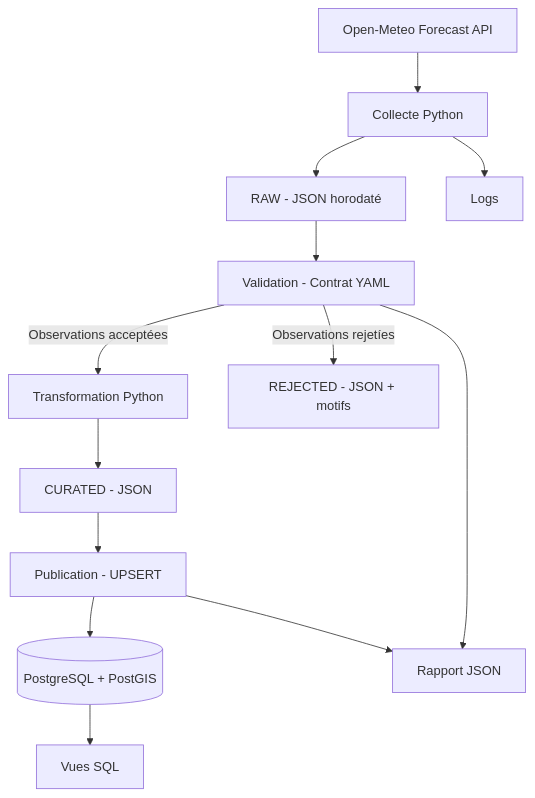
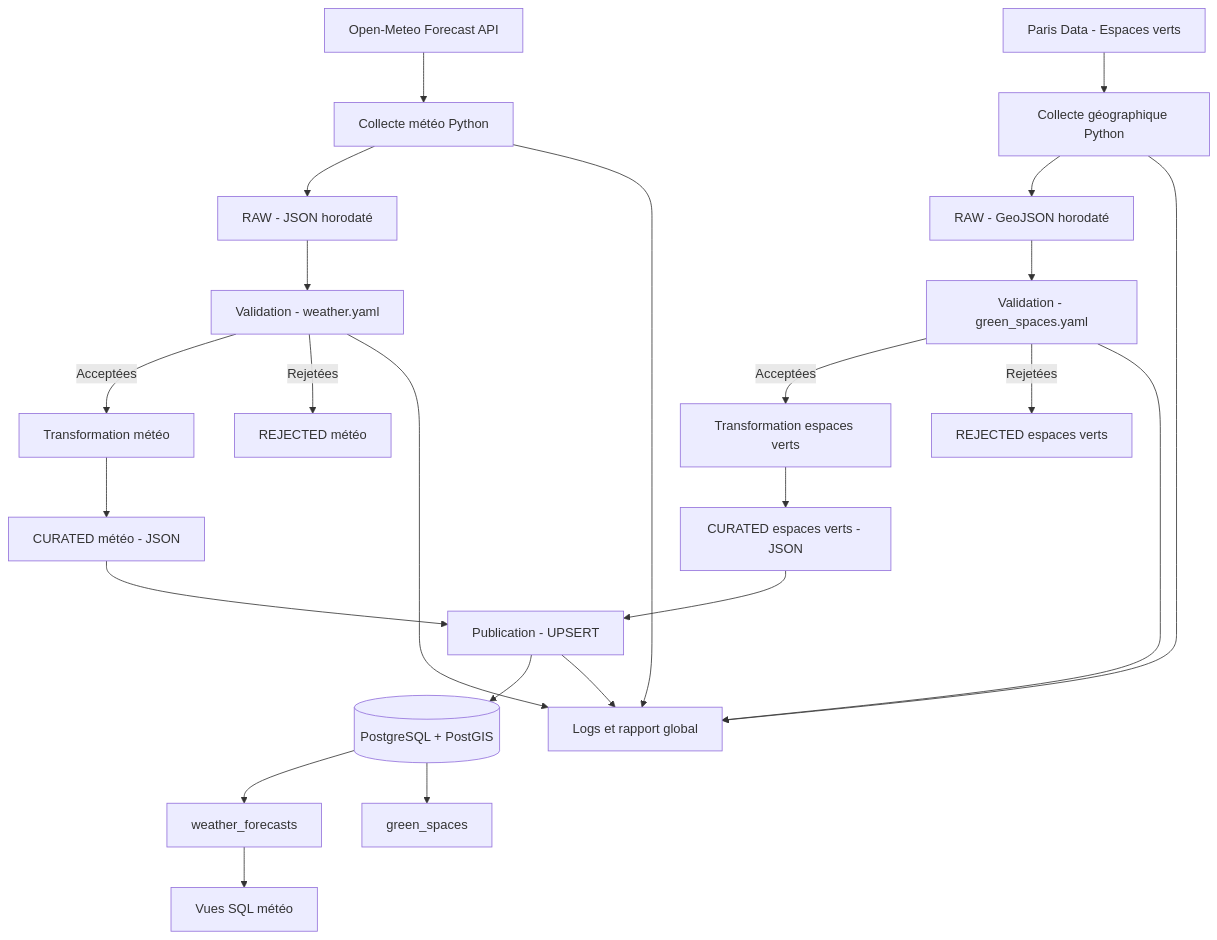
The first of 4 diagrams in docs/architecture/architecture.md (Abirdaboussi/SmartBreak), drawn with Mermaid before and after one commit. The commit also changed other lines of this file and 13 other files, not shown here.

Commit message:
feat: integrate Paris green spaces data source

````diff
--- a/docs/architecture/architecture.md
+++ b/docs/architecture/architecture.md
@@ -7,15 +14,36 @@
 ```mermaid
 flowchart TD
-    A["Open-Meteo Forecast API"] --> B["Collecte Python"]
-    B --> C["RAW - JSON horodaté"]
-    C --> D["Validation - Contrat YAML"]
-    D -->|Observations acceptées| E["Transformation Python"]
-    D -->|Observations rejetíes| F["REJECTED - JSON + motifs"]
-    E --> G["CURATED - JSON"]
-    G --> H["Publication - UPSERT"]
-    H --> I[("PostgreSQL + PostGIS")]
-    I --> J["Vues SQL"]
-    B --> K["Logs"]
-    D --> L["Rapport JSON"]
-    H --> L
+    A["Open-Meteo Forecast API"] --> B["Collecte météo Python"]
+    C["Paris Data - Espaces verts"] --> D["Collecte géographique Python"]
+
+    B --> E["RAW - JSON horodaté"]
+    D --> F["RAW - GeoJSON horodaté"]
+
+    E --> G["Validation - weather.yaml"]
+    F --> H["Validation - green_spaces.yaml"]
+
+    G -->|Acceptées| I["Transformation météo"]
+    G -->|Rejetées| J["REJECTED météo"]
+
+    H -->|Acceptées| K["Transformation espaces verts"]
+    H -->|Rejetées| L["REJECTED espaces verts"]
+
+    I --> M["CURATED météo - JSON"]
+    K --> N["CURATED espaces verts - JSON"]
+
+    M --> O["Publication - UPSERT"]
+    N --> O
+
+    O --> P[("PostgreSQL + PostGIS")]
+
+    P --> Q["weather_forecasts"]
+    P --> R["green_spaces"]
+
+    Q --> S["Vues SQL météo"]
+
+    B --> T["Logs et rapport global"]
+    D --> T
+    G --> T
+    H --> T
+    O --> T
 ```
````
